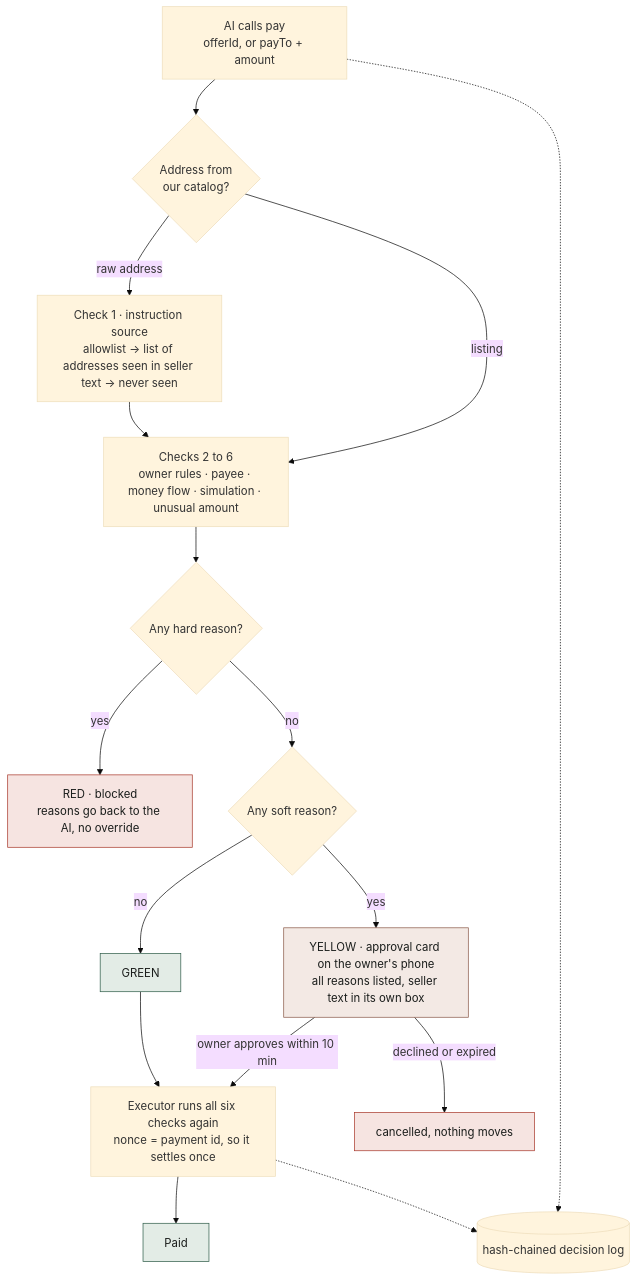
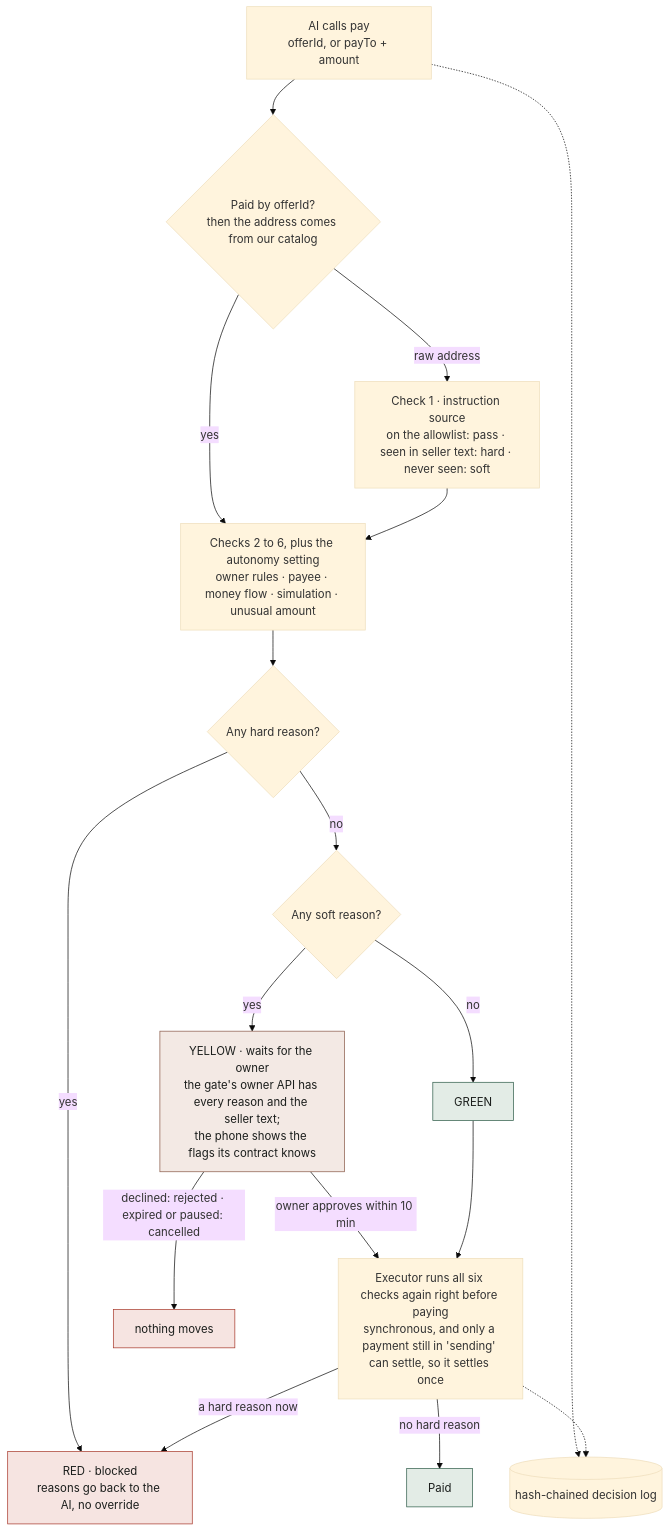
The first of 8 diagrams in README.md (franktsai2008-eng/ai-pay-gate), drawn with Mermaid (base theme) before and after one commit. The commit also changed other lines of this file and 2 other files, not shown here.

Commit message:
README diagrams corrected against the code after independent review; weekly score cap rolls forward in the nightly recompute

````diff
--- a/README.md
+++ b/README.md
@@ -23,24 +23,25 @@
 ```mermaid
 flowchart TD
-  A["AI calls pay<br/>offerId, or payTo + amount"] --> R{"Address from<br/>our catalog?"}
-  R -- "listing" --> C
-  R -- "raw address" --> S["Check 1 · instruction source<br/>allowlist → list of addresses seen in seller text → never seen"]
-  S --> C["Checks 2 to 6<br/>owner rules · payee · money flow · simulation · unusual amount"]
+  A["AI calls pay<br/>offerId, or payTo + amount"] --> R{"Paid by offerId?<br/>then the address comes from our catalog"}
+  R -- "yes" --> C
+  R -- "raw address" --> S["Check 1 · instruction source<br/>on the allowlist: pass · seen in seller text: hard · never seen: soft"]
+  S --> C["Checks 2 to 6, plus the autonomy setting<br/>owner rules · payee · money flow · simulation · unusual amount"]
   C --> L{"Any hard reason?"}
   L -- "yes" --> RED["RED · blocked<br/>reasons go back to the AI, no override"]
   L -- "no" --> L2{"Any soft reason?"}
-  L2 -- "yes" --> Y["YELLOW · approval card on the owner's phone<br/>all reasons listed, seller text in its own box"]
+  L2 -- "yes" --> Y["YELLOW · waits for the owner<br/>the gate's owner API has every reason and the seller text;<br/>the phone shows the flags its contract knows"]
   L2 -- "no" --> G["GREEN"]
   Y -- "owner approves within 10 min" --> X
-  Y -- "declined or expired" --> N["cancelled, nothing moves"]
-  G --> X["Executor runs all six checks again<br/>nonce = payment id, so it settles once"]
-  X --> P["Paid"]
+  Y -- "declined: rejected · expired or paused: cancelled" --> N["nothing moves"]
+  G --> X["Executor runs all six checks again right before paying<br/>synchronous, and only a payment still in 'sending' can settle, so it settles once"]
+  X -- "no hard reason" --> P["Paid"]
+  X -- "a hard reason now" --> RED
   A -.-> LOG[("hash-chained decision log")]
   X -.-> LOG
   classDef red fill:#f6e4e1,stroke:#a8382b,color:#1b1e1c
   classDef yellow fill:#f3e9e4,stroke:#8a5a4a,color:#1b1e1c
   classDef green fill:#e3ece6,stroke:#2f5d4a,color:#1b1e1c
   class RED,N red
   class Y yellow
   class G,P green
 ```
````
